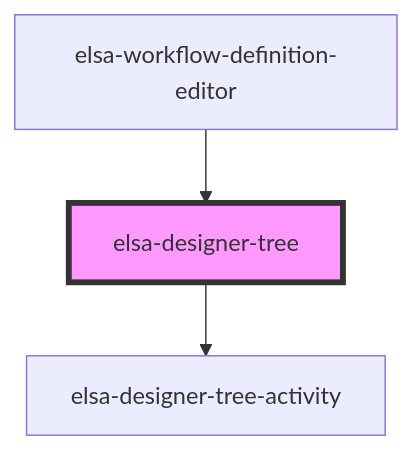
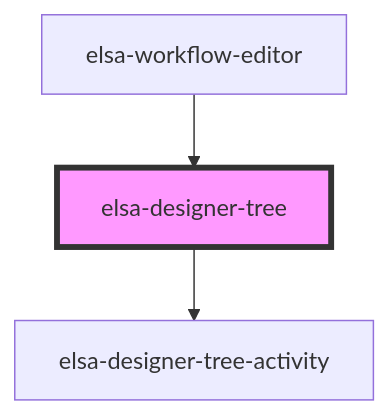
The diagram in src/designer/elsa-workflows-studio/src/components/designers/tree/elsa-designer-tree/readme.md (elsa-workflows/elsa-core), drawn with Mermaid before and after one commit. The commit also changed other lines of this file and 31 other files, not shown here.

````diff
--- a/src/designer/elsa-workflows-studio/src/components/designers/tree/elsa-designer-tree/readme.md
+++ b/src/designer/elsa-workflows-studio/src/components/designers/tree/elsa-designer-tree/readme.md
@@ -33,6 +33,6 @@
 ```mermaid
 graph TD;
   elsa-designer-tree --> elsa-designer-tree-activity
-  elsa-workflow-definition-editor --> elsa-designer-tree
+  elsa-workflow-editor --> elsa-designer-tree
   style elsa-designer-tree fill:#f9f,stroke:#333,stroke-width:4px
 ```
````
